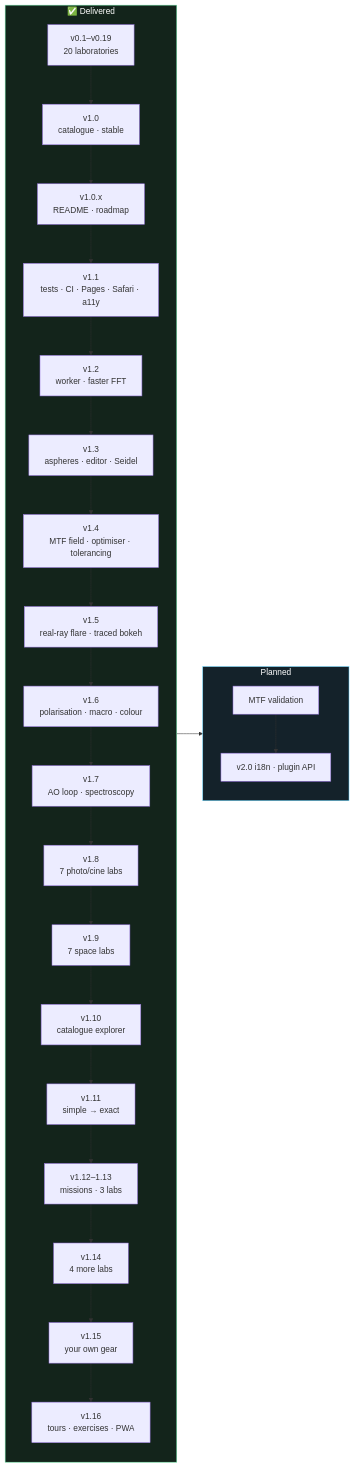
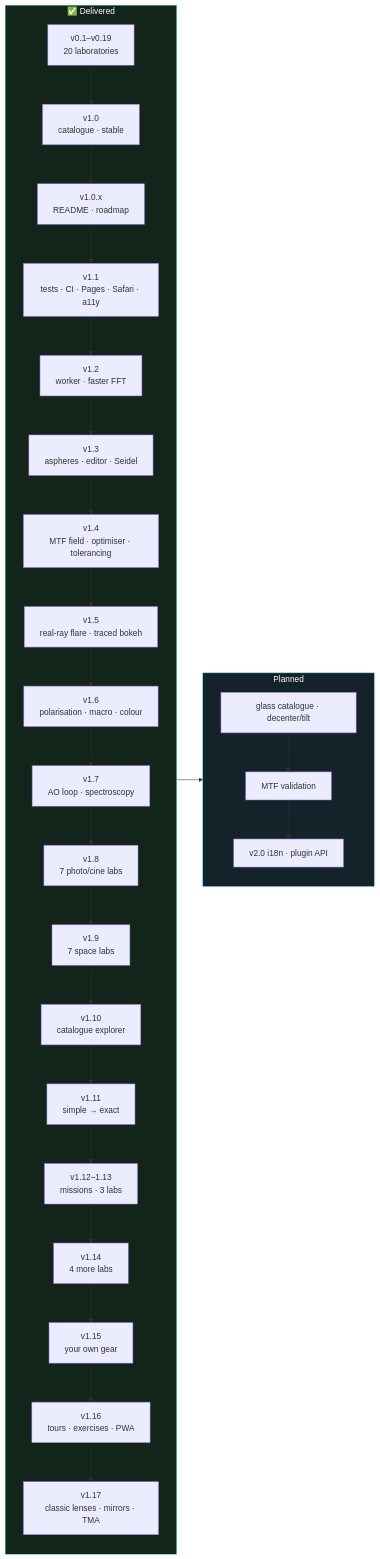
One commit to iiogurt/Optica_Viva changed the diagram in ROADMAP.md. Above: the diagram before and after it, drawn with Mermaid. The commit also changed other lines of this file and 3 other files, not shown here.

````diff
--- a/ROADMAP.md
+++ b/ROADMAP.md
@@ -57,14 +57,14 @@
 ```mermaid
 flowchart LR
     subgraph Done["✅ Delivered"]
         direction TB
-        D0["v0.1–v0.19<br/>20 laboratories"] --> D1["v1.0<br/>catalogue · stable"] --> D2["v1.0.x<br/>README · roadmap"] --> D3["v1.1<br/>tests · CI · Pages · Safari · a11y"] --> D4["v1.2<br/>worker · faster FFT"] --> D5["v1.3<br/>aspheres · editor · Seidel"] --> D6["v1.4<br/>MTF field · optimiser · tolerancing"] --> D7["v1.5<br/>real-ray flare · traced bokeh"] --> D8["v1.6<br/>polarisation · macro · colour"] --> D9["v1.7<br/>AO loop · spectroscopy"] --> D10["v1.8<br/>7 photo/cine labs"] --> D11["v1.9<br/>7 space labs"] --> D12["v1.10<br/>catalogue explorer"] --> D13["v1.11<br/>simple → exact"] --> D14["v1.12–1.13<br/>missions · 3 labs"] --> D15["v1.14<br/>4 more labs"] --> D16["v1.15<br/>your own gear"] --> D17["v1.16<br/>tours · exercises · PWA"]
+        D0["v0.1–v0.19<br/>20 laboratories"] --> D1["v1.0<br/>catalogue · stable"] --> D2["v1.0.x<br/>README · roadmap"] --> D3["v1.1<br/>tests · CI · Pages · Safari · a11y"] --> D4["v1.2<br/>worker · faster FFT"] --> D5["v1.3<br/>aspheres · editor · Seidel"] --> D6["v1.4<br/>MTF field · optimiser · tolerancing"] --> D7["v1.5<br/>real-ray flare · traced bokeh"] --> D8["v1.6<br/>polarisation · macro · colour"] --> D9["v1.7<br/>AO loop · spectroscopy"] --> D10["v1.8<br/>7 photo/cine labs"] --> D11["v1.9<br/>7 space labs"] --> D12["v1.10<br/>catalogue explorer"] --> D13["v1.11<br/>simple → exact"] --> D14["v1.12–1.13<br/>missions · 3 labs"] --> D15["v1.14<br/>4 more labs"] --> D16["v1.15<br/>your own gear"] --> D17["v1.16<br/>tours · exercises · PWA"] --> D18["v1.17<br/>classic lenses · mirrors · TMA"]
     end
     subgraph Next["Planned"]
         direction TB
-        N10["MTF validation"] --> N7["v2.0 i18n · plugin API"]
+        N11["glass catalogue · decenter/tilt"] --> N10["MTF validation"] --> N7["v2.0 i18n · plugin API"]
     end
     Done --> Next
     style Done fill:#13241b,stroke:#6be3a4,color:#fff
     style Next fill:#14222a,stroke:#6ad7ff,color:#fff
 ```
````
